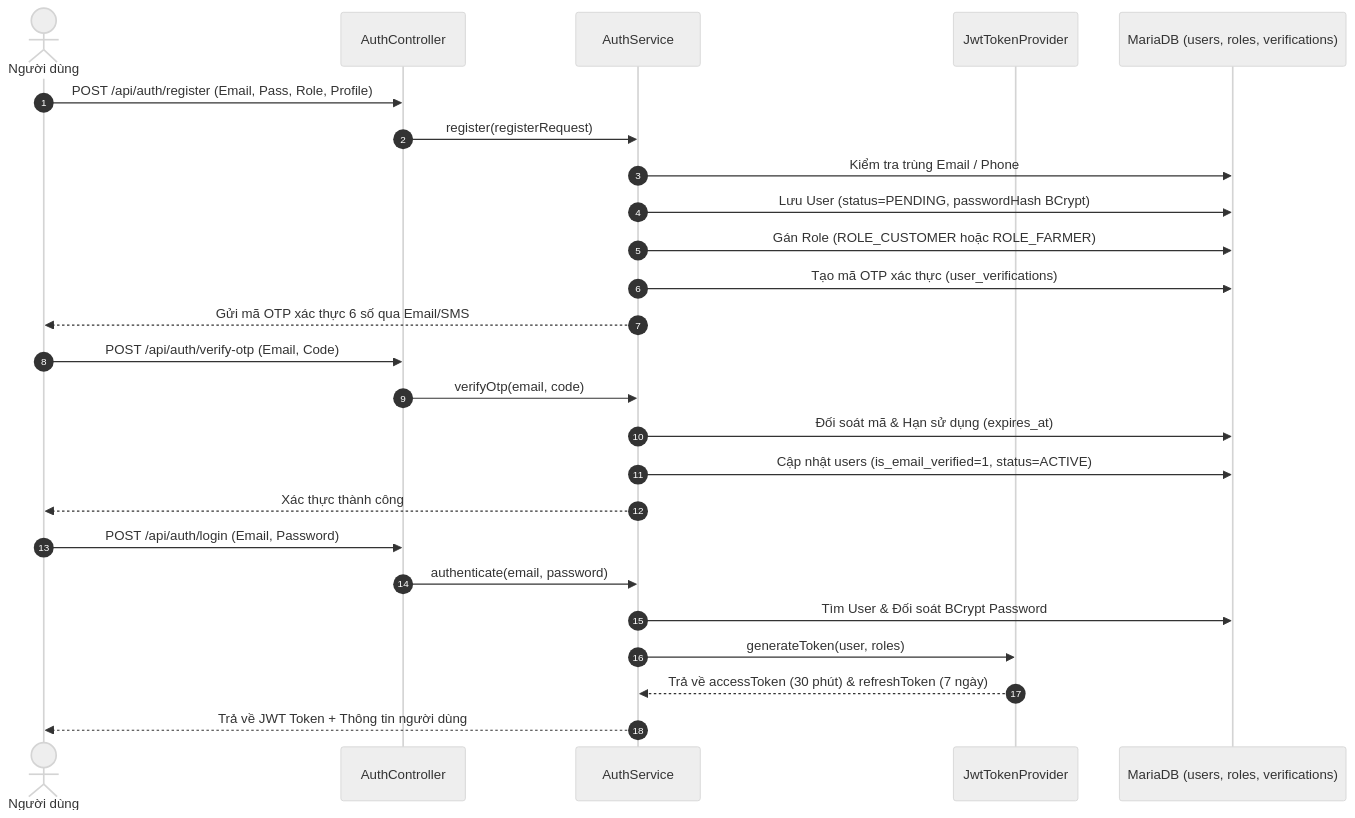
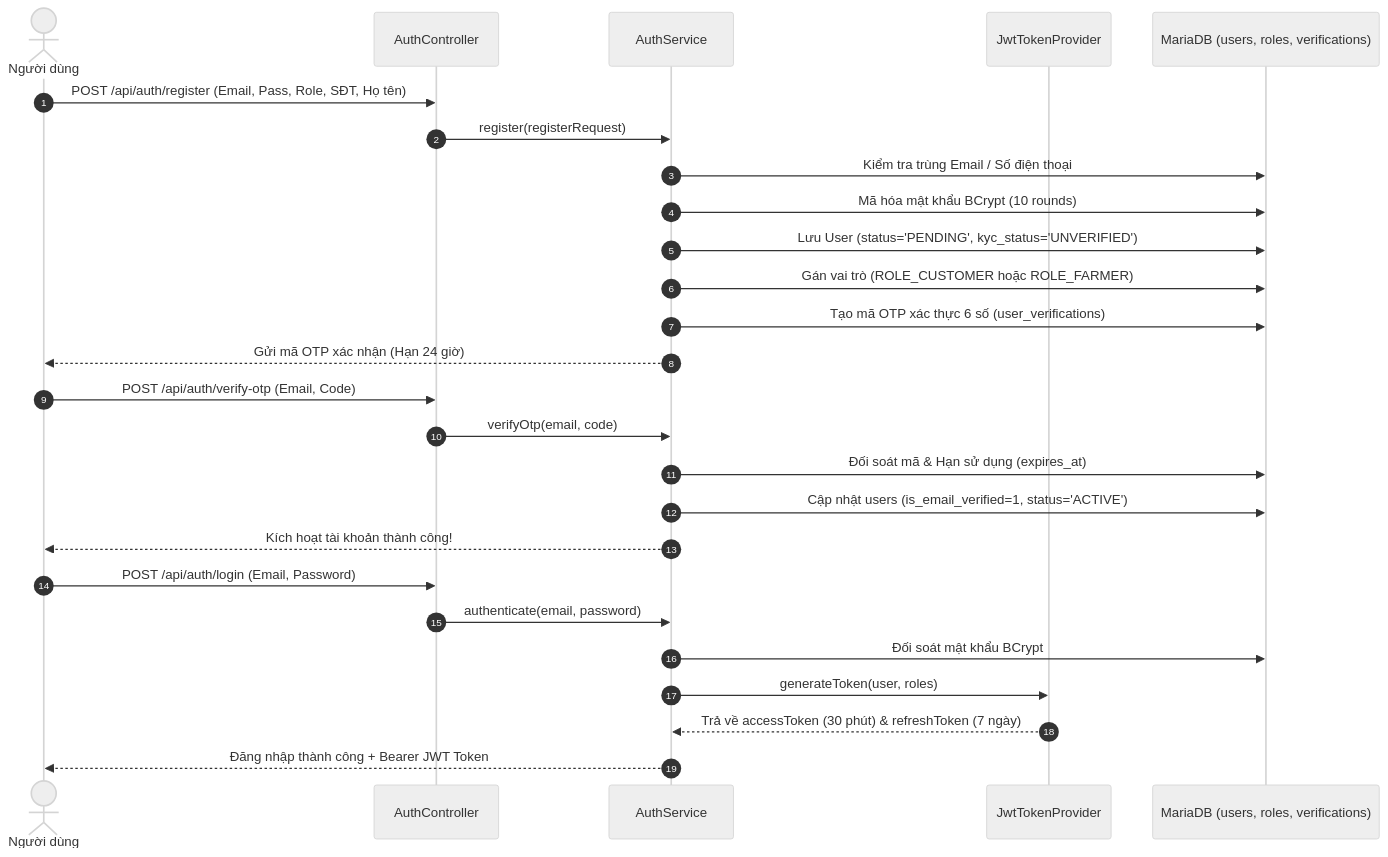
One commit to nnquanga24051/Gravity_backend_marketlink_techwiz7 changed the second of 6 diagrams in LUONG_HOAT_DONG_TOAN_BO_DU_AN_MARKETLINK.md. Above: the diagram before and after it, drawn with Mermaid (neutral theme). The commit also changed other lines of this file and 164 other files, not shown here.

Commit message:
handle farmer profile

````diff
--- a/LUONG_HOAT_DONG_TOAN_BO_DU_AN_MARKETLINK.md
+++ b/LUONG_HOAT_DONG_TOAN_BO_DU_AN_MARKETLINK.md
@@ -171,33 +289,31 @@
 ```mermaid
 sequenceDiagram
     autonumber
     actor User as Người dùng
     participant AuthCtrl as AuthController
     participant AuthService as AuthService
     participant TokenProv as JwtTokenProvider
     participant DB as MariaDB (users, roles, verifications)
 
-    %% Đăng Ký
-    User->>AuthCtrl: POST /api/auth/register (Email, Pass, Role, Profile)
+    User->>AuthCtrl: POST /api/auth/register (Email, Pass, Role, SĐT, Họ tên)
     AuthCtrl->>AuthService: register(registerRequest)
-    AuthService->>DB: Kiểm tra trùng Email / Phone
-    AuthService->>DB: Lưu User (status=PENDING, passwordHash BCrypt)
-    AuthService->>DB: Gán Role (ROLE_CUSTOMER hoặc ROLE_FARMER)
-    AuthService->>DB: Tạo mã OTP xác thực (user_verifications)
-    AuthService-->>User: Gửi mã OTP xác thực 6 số qua Email/SMS
+    AuthService->>DB: Kiểm tra trùng Email / Số điện thoại
+    AuthService->>DB: Mã hóa mật khẩu BCrypt (10 rounds)
+    AuthService->>DB: Lưu User (status='PENDING', kyc_status='UNVERIFIED')
+    AuthService->>DB: Gán vai trò (ROLE_CUSTOMER hoặc ROLE_FARMER)
+    AuthService->>DB: Tạo mã OTP xác thực 6 số (user_verifications)
+    AuthService-->>User: Gửi mã OTP xác nhận (Hạn 24 giờ)
 
-    %% Xác Thực OTP
     User->>AuthCtrl: POST /api/auth/verify-otp (Email, Code)
     AuthCtrl->>AuthService: verifyOtp(email, code)
     AuthService->>DB: Đối soát mã & Hạn sử dụng (expires_at)
-    AuthService->>DB: Cập nhật users (is_email_verified=1, status=ACTIVE)
-    AuthService-->>User: Xác thực thành công
+    AuthService->>DB: Cập nhật users (is_email_verified=1, status='ACTIVE')
+    AuthService-->>User: Kích hoạt tài khoản thành công!
 
-    %% Đăng Nhập
     User->>AuthCtrl: POST /api/auth/login (Email, Password)
     AuthCtrl->>AuthService: authenticate(email, password)
-    AuthService->>DB: Tìm User & Đối soát BCrypt Password
+    AuthService->>DB: Đối soát mật khẩu BCrypt
     AuthService->>TokenProv: generateToken(user, roles)
     TokenProv-->>AuthService: Trả về accessToken (30 phút) & refreshToken (7 ngày)
-    AuthService-->>User: Trả về JWT Token + Thông tin người dùng
+    AuthService-->>User: Đăng nhập thành công + Bearer JWT Token
 ```
````
